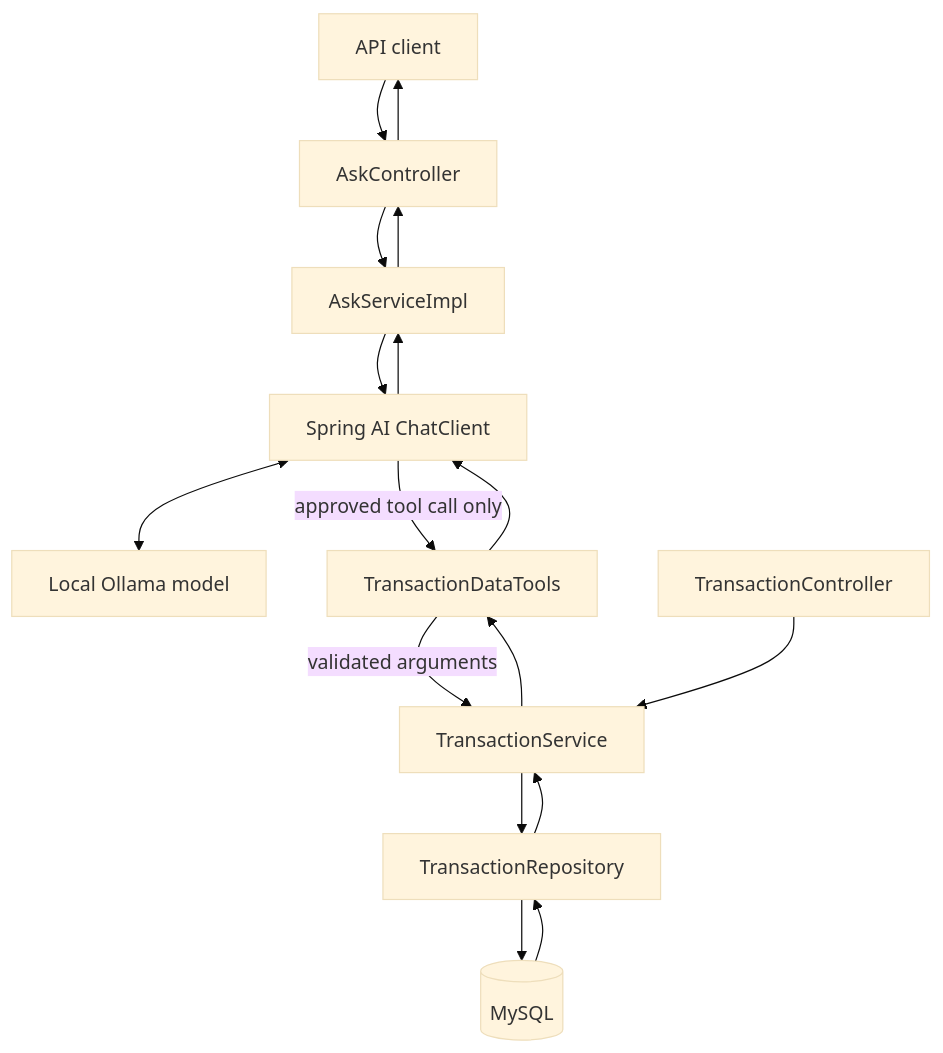
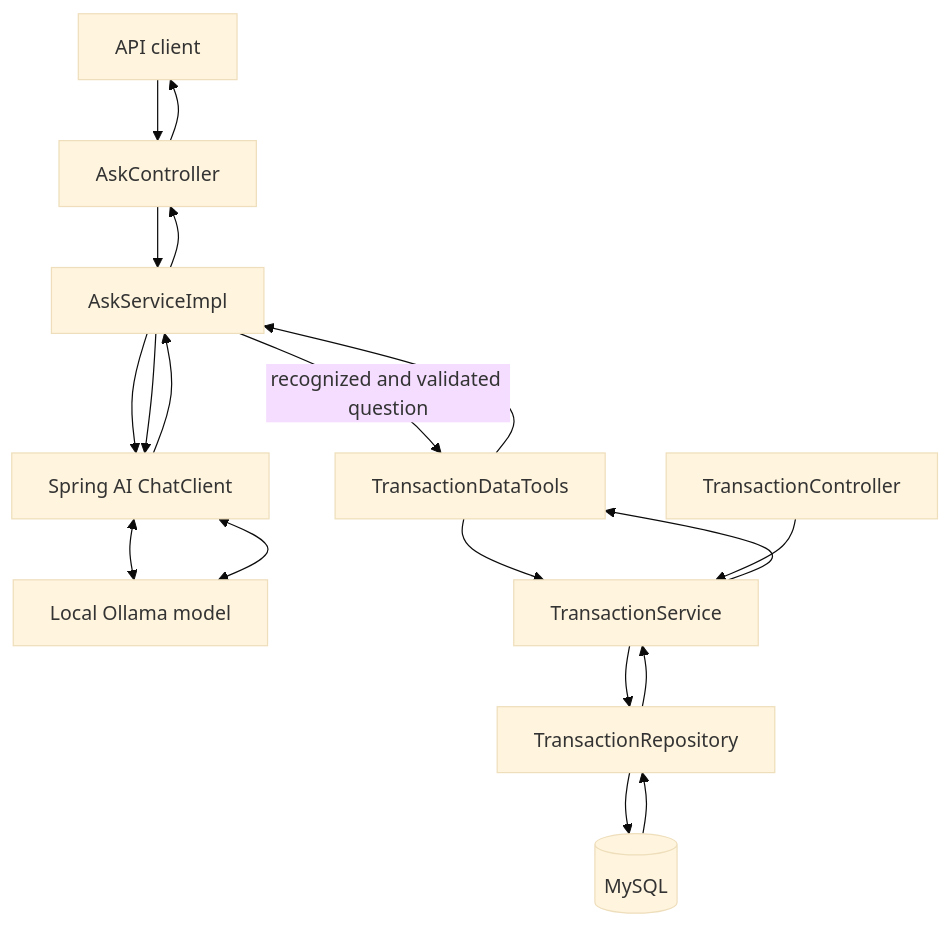
The diagram in README.md (sonamkadam25/FinAssist-AI), drawn with Mermaid (base theme) before and after one commit. The commit also changed other lines of this file and 37 other files, not shown here.

````diff
--- a/README.md
+++ b/README.md
@@ -281,14 +313,16 @@
 ```mermaid
 flowchart TD
     C[API client] --> AC[AskController]
     AC --> AS[AskServiceImpl]
     AS --> CC[Spring AI ChatClient]
     CC <--> O[Local Ollama model]
-    CC -->|approved tool call only| T[TransactionDataTools]
-    T -->|validated arguments| TS[TransactionService]
+    AS -->|recognized and validated question| T[TransactionDataTools]
+    T --> TS[TransactionService]
     TS --> R[TransactionRepository]
     R --> DB[(MySQL)]
-    DB --> R --> TS --> T --> CC
+    DB --> R --> TS --> T --> AS
+    AS --> CC
+    CC <--> O
     CC --> AS --> AC --> C
     TC[TransactionController] --> TS
 ```
````
